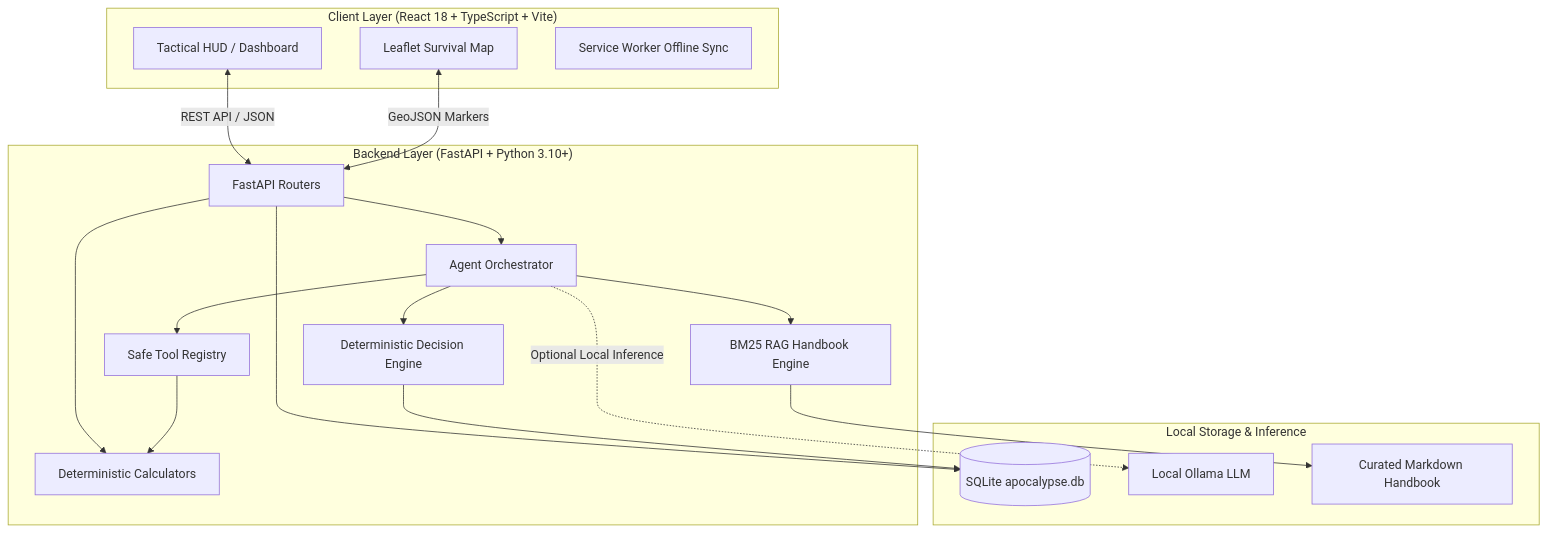
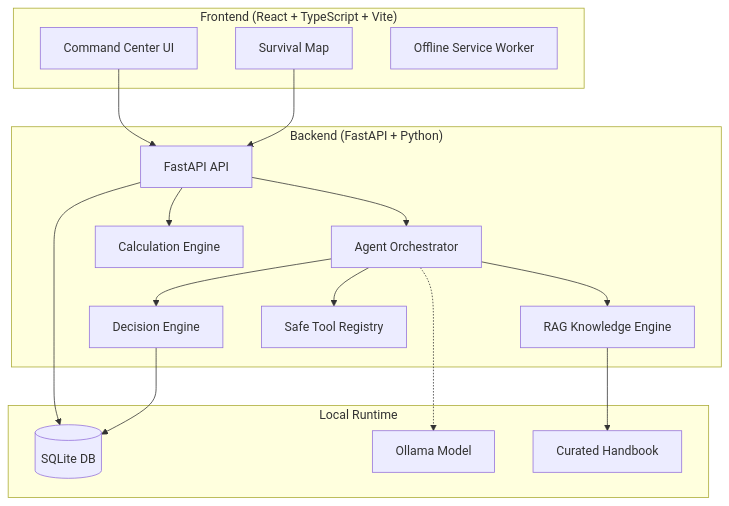
One commit to Shalokexe/SURVIVAL-OS- changed the diagram in README.md. Above: the diagram before and after it, drawn with Mermaid. The commit also changed other lines of this file, not shown here.

````diff
--- a/README.md
+++ b/README.md
@@ -137,38 +108,35 @@
 ```mermaid
 graph TD
-    subgraph Frontend ["Client Layer (React 18 + TypeScript + Vite)"]
-        UI[Tactical HUD / Dashboard]
-        Map[Leaflet Survival Map]
-        SW[Service Worker Offline Sync]
+    subgraph Frontend["Frontend (React + TypeScript + Vite)"]
+        UI[Command Center UI]
+        MAP[Survival Map]
+        SW[Offline Service Worker]
     end
 
-    subgraph Backend ["Backend Layer (FastAPI + Python 3.10+)"]
-        API[FastAPI Routers]
-        Orchestrator[Agent Orchestrator]
-        Calc[Deterministic Calculators]
-        RAG[BM25 RAG Handbook Engine]
-        Rules[Deterministic Decision Engine]
-        Tools[Safe Tool Registry]
+    subgraph Backend["Backend (FastAPI + Python)"]
+        API[FastAPI API]
+        ORCH[Agent Orchestrator]
+        CALC[Calculation Engine]
+        RAG[RAG Knowledge Engine]
+        RULES[Decision Engine]
+        TOOLS[Safe Tool Registry]
     end
 
-    subgraph Storage ["Local Storage & Inference"]
-        DB[(SQLite apocalypse.db)]
-        OLLAMA[Local Ollama LLM]
-        MD[Curated Markdown Handbook]
+    subgraph Storage["Local Runtime"]
+        DB[(SQLite DB)]
+        OLLAMA[Ollama Model]
+        KB[Curated Handbook]
     end
 
-    UI <-->|REST API / JSON| API
-    Map <-->|GeoJSON Markers| API
-    API --> Orchestrator
-    API --> Calc
+    UI --> API
+    MAP --> API
+    API --> ORCH
+    API --> CALC
     API --> DB
-
-    Orchestrator --> Tools
-    Orchestrator --> RAG
-    Orchestrator --> Rules
-    Orchestrator -.->|Optional Local Inference| OLLAMA
-
-    RAG --> MD
-    Tools --> Calc
-    Rules --> DB
+    ORCH --> TOOLS
+    ORCH --> RAG
+    ORCH --> RULES
+    ORCH -.-> OLLAMA
+    RAG --> KB
+    RULES --> DB
 ```
````
